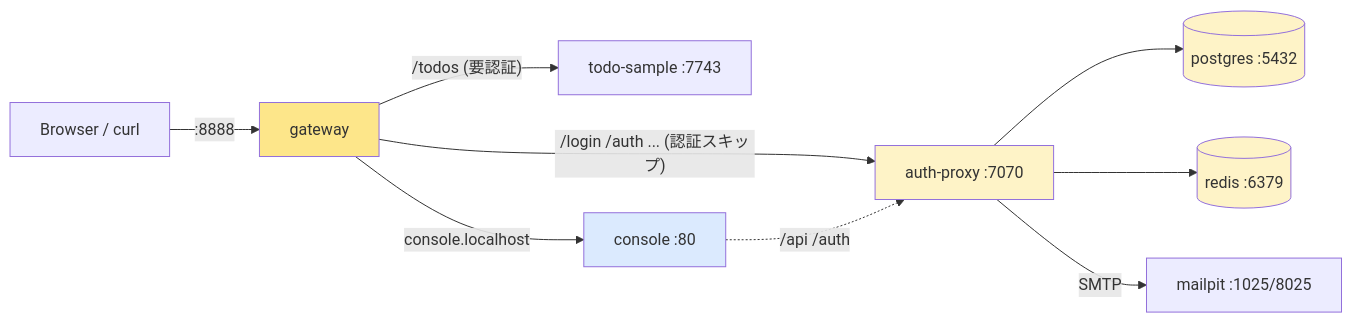
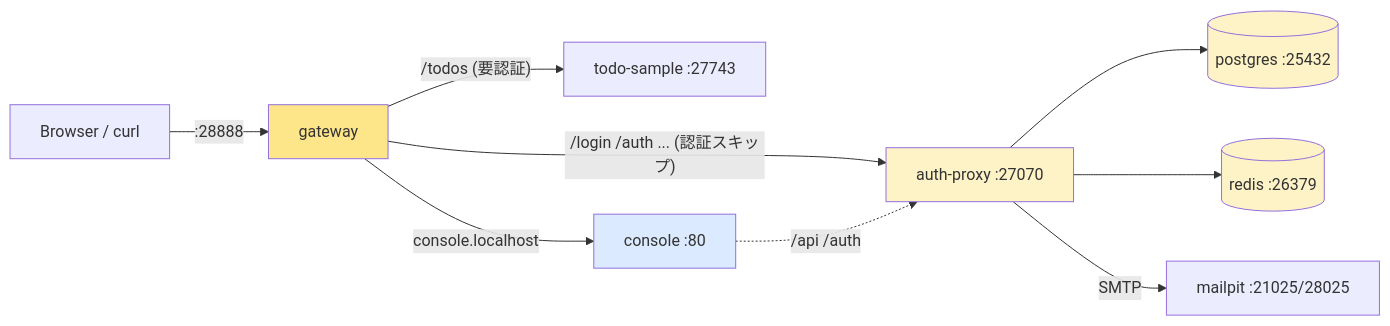
Before and after one commit to opaopa6969/auth-integration: the first of 2 diagrams in 17-docker-compose化.md, drawn with Mermaid. The commit also changed other lines of this file and 23 other files, not shown here.

````diff
--- a/17-docker-compose化.md
+++ b/17-docker-compose化.md
@@ -21,16 +21,16 @@
 ```mermaid
 flowchart LR
-    U[Browser / curl] -->|":8888"| GW[gateway]
-    GW -->|"/todos (要認証)"| APP[todo-sample :7743]
-    GW -->|"/login /auth ... (認証スキップ)"| AP[auth-proxy :7070]
+    U[Browser / curl] -->|":28888"| GW[gateway]
+    GW -->|"/todos (要認証)"| APP[todo-sample :27743]
+    GW -->|"/login /auth ... (認証スキップ)"| AP[auth-proxy :27070]
     GW -->|"console.localhost"| C[console :80]
-    AP --> PG[(postgres :5432)]
-    AP --> RD[(redis :6379)]
-    AP -->|"SMTP"| MP[mailpit :1025/8025]
+    AP --> PG[(postgres :25432)]
+    AP --> RD[(redis :26379)]
+    AP -->|"SMTP"| MP[mailpit :21025/28025]
     C -.->|"/api /auth"| AP
     style GW fill:#fde68a
     style AP fill:#fef3c7
     style PG fill:#fef3c7
     style RD fill:#fef3c7
     style C fill:#dbeafe
 ```
````
